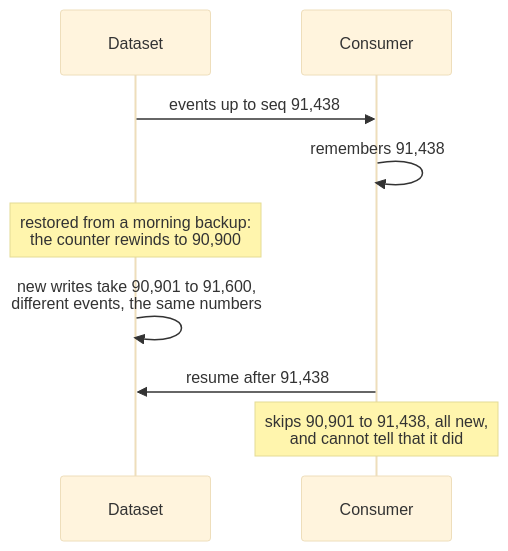
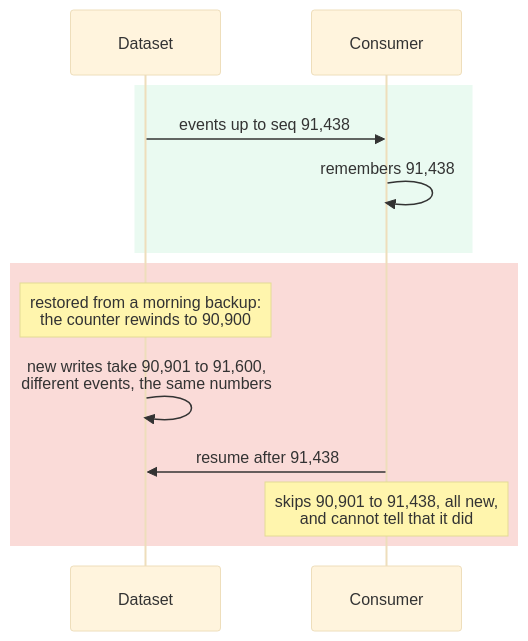
Before and after one commit to nebularis/lattice: diagram 14 of 50 in ontology/persistence/README.md, drawn with Mermaid (base theme). The commit also changed other lines of this file and 9 other files, not shown here.

````diff
--- a/ontology/persistence/README.md
+++ b/ontology/persistence/README.md
@@ -1309,11 +1397,15 @@
 ```mermaid
 sequenceDiagram
     participant D as Dataset
     participant C as Consumer
+    rect rgba(213, 245, 227, 0.5)
     D->>C: events up to seq 91,438
     C->>C: remembers 91,438
+    end
+    rect rgba(245, 183, 177, 0.5)
     Note over D: restored from a morning backup:<br/>the counter rewinds to 90,900
     D->>D: new writes take 90,901 to 91,600,<br/>different events, the same numbers
     C->>D: resume after 91,438
     Note over C: skips 90,901 to 91,438, all new,<br/>and cannot tell that it did
+    end
 ```
````
